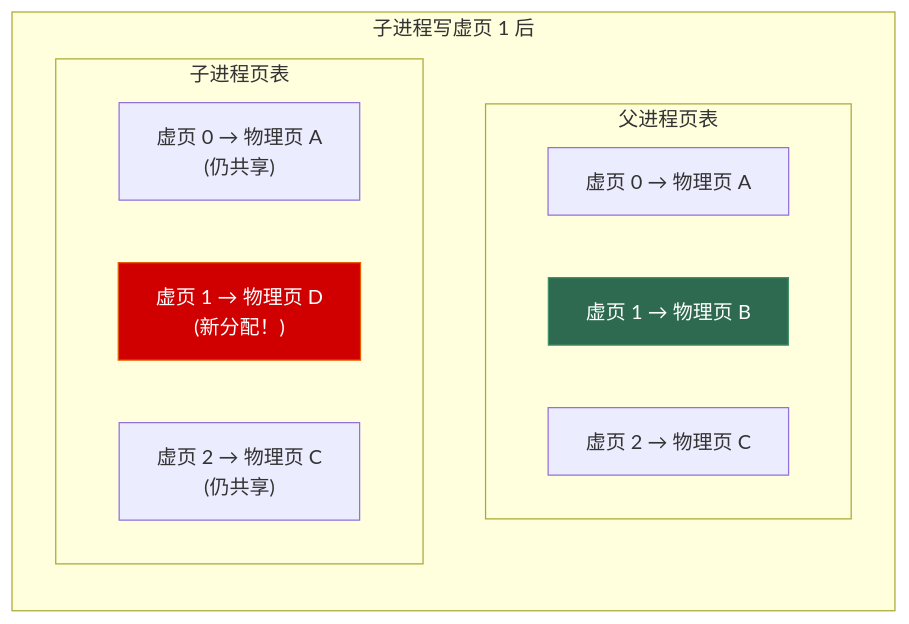
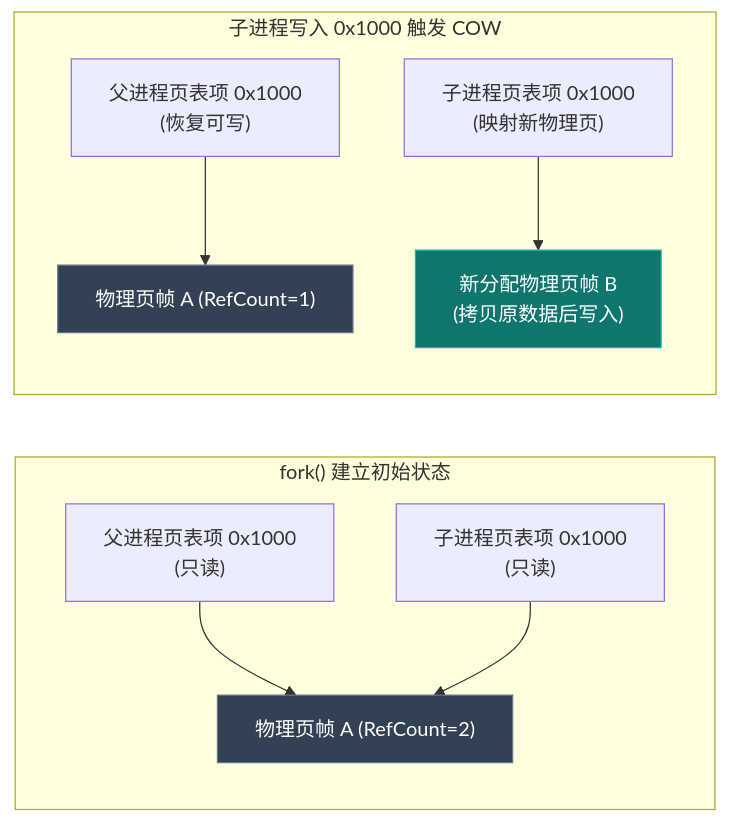
One commit to Lumivers/firefly changed the fourth of 4 diagrams in src/content/posts/os/01_process_and_thread.md. Above: the diagram before and after it, drawn with Mermaid. The commit also changed other lines of this file and 39 other files, not shown here.

````diff
--- a/src/content/posts/os/01_process_and_thread.md
+++ b/src/content/posts/os/01_process_and_thread.md
@@ -332,19 +151,16 @@
 ```mermaid
 graph LR
-    subgraph "子进程写虚页 1 后"
-        direction TB
-        subgraph "父进程页表"
-            pp1b["虚页 0 → 物理页 A"]
-            pp2b["虚页 1 → 物理页 B"]
-            pp3b["虚页 2 → 物理页 C"]
-        end
-        subgraph "子进程页表"
-            cp1b["虚页 0 → 物理页 A\n(仍共享)"]
-            cp2b["虚页 1 → 物理页 D\n(新分配！)"]
-            cp3b["虚页 2 → 物理页 C\n(仍共享)"]
-        end
+    subgraph "fork() 建立初始状态"
+        P_P1["父进程页表项 0x1000\n(只读)"] --> PhysA["物理页帧 A (RefCount=2)"]
+        C_P1["子进程页表项 0x1000\n(只读)"] --> PhysA
     end
 
-    style pp2b fill:#2d6a4f,stroke:#40916c,color:white
-    style cp2b fill:#d00000,stroke:#e85d04,color:white
+    subgraph "子进程写入 0x1000 触发 COW"
+        P_P1_after["父进程页表项 0x1000\n(恢复可写)"] --> PhysA2["物理页帧 A (RefCount=1)"]
+        C_P1_after["子进程页表项 0x1000\n(映射新物理页)"] --> PhysB["新分配物理页帧 B\n(拷贝原数据后写入)"]
+    end
+
+    style PhysA fill:#334155,stroke:#64748b,color:white
+    style PhysA2 fill:#334155,stroke:#64748b,color:white
+    style PhysB fill:#0f766e,stroke:#14b8a6,color:white
 ```
````
